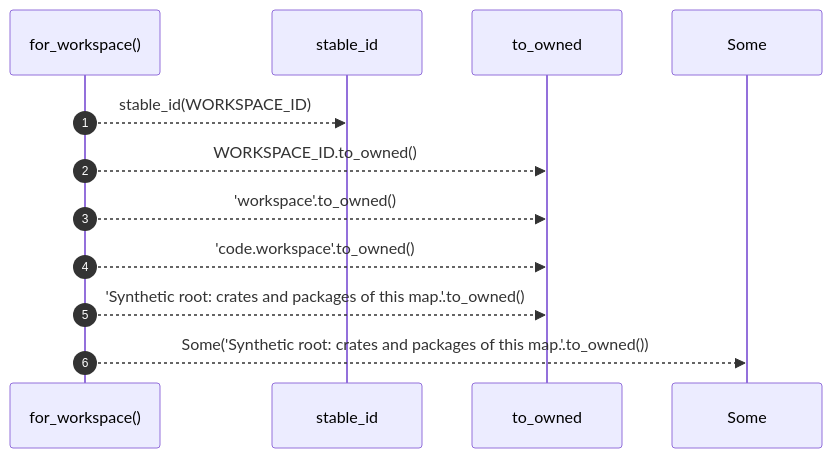
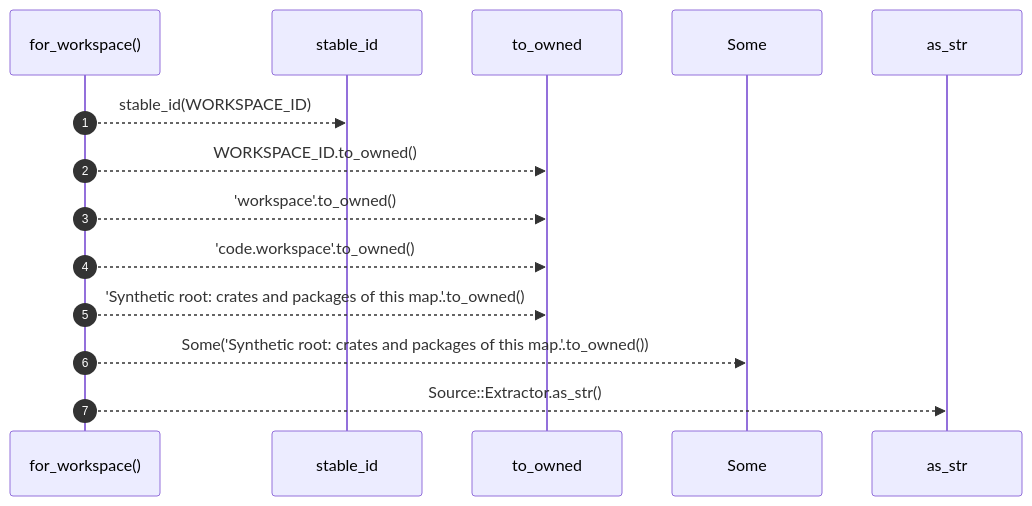
Before and after one commit to RyanGuild/self-describing-code: the first of 4 diagrams in docs/self-model/robby_render/web/impl-framedetail.md, drawn with Mermaid. The commit also changed other lines of this file and 747 other files, not shown here.

````diff
--- a/docs/self-model/robby_render/web/impl-framedetail.md
+++ b/docs/self-model/robby_render/web/impl-framedetail.md
@@ -151,14 +132,16 @@
 ```mermaid
 sequenceDiagram
     autonumber
     participant for_workspace as for_workspace()
     participant stable_id as stable_id
     participant to_owned as to_owned
     participant Some as Some
+    participant as_str as as_str
     for_workspace-->>stable_id: stable_id(WORKSPACE_ID)
     for_workspace-->>to_owned: WORKSPACE_ID.to_owned()
     for_workspace-->>to_owned: 'workspace'.to_owned()
     for_workspace-->>to_owned: 'code.workspace'.to_owned()
     for_workspace-->>to_owned: 'Synthetic root: crates and packages of this map.'.to_owned()
     for_workspace-->>Some: Some('Synthetic root: crates and packages of this map.'.to_owned())
+    for_workspace-->>as_str: Source::Extractor.as_str()
 ```
````
